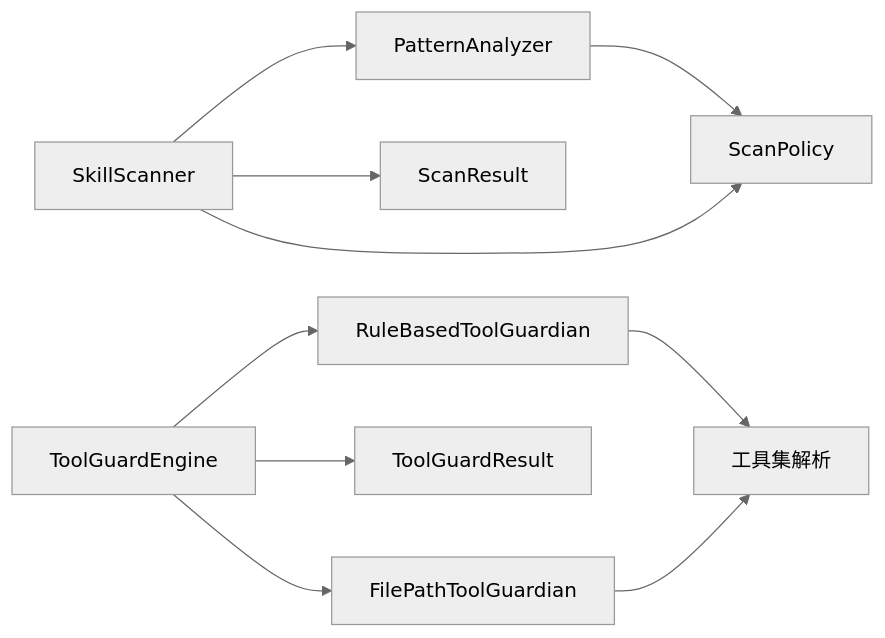
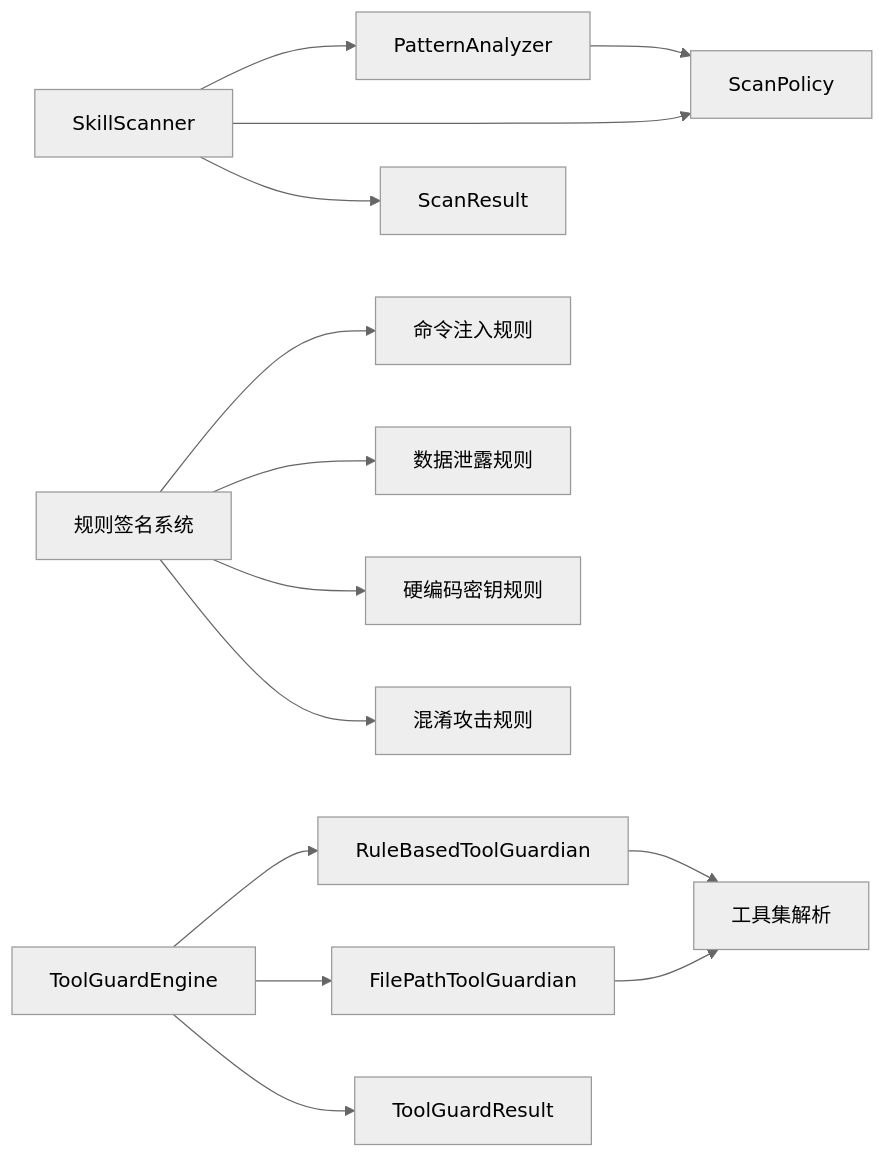
The eighth of 8 diagrams in .qoder/repowiki/zh/content/后端核心模块/安全防护系统/安全增强.md (livehl/CoPaw), drawn with Mermaid (neutral theme) before and after one commit. The commit also changed other lines of this file and 12 other files, not shown here.

````diff
--- a/.qoder/repowiki/zh/content/后端核心模块/安全防护系统/安全增强.md
+++ b/.qoder/repowiki/zh/content/后端核心模块/安全防护系统/安全增强.md
@@ -329,12 +429,16 @@
 ```mermaid
 graph LR
 PA["PatternAnalyzer"] --> SP["ScanPolicy"]
 SS["SkillScanner"] --> PA
 SS --> SP
 SS --> SM["ScanResult"]
+RS["规则签名系统"] --> CI["命令注入规则"]
+RS --> DE["数据泄露规则"]
+RS --> HS["硬编码密钥规则"]
+RS --> OB["混淆攻击规则"]
 RG["RuleBasedToolGuardian"] --> TU["工具集解析"]
 FG["FilePathToolGuardian"] --> TU
 SG["ToolGuardEngine"] --> RG
 SG --> FG
 SG --> TM["ToolGuardResult"]
 ```
````
